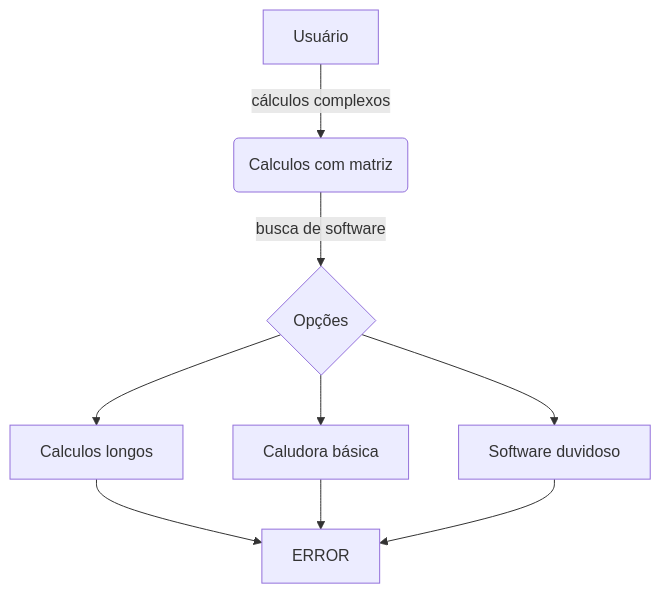
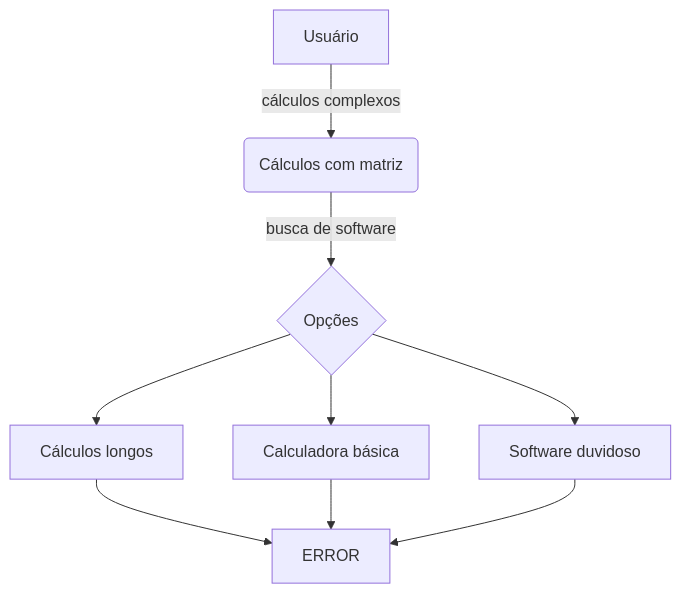
Before and after one commit to nThzzzz/Calculadora_v2: the diagram in README.md, drawn with Mermaid. The commit also changed other lines of this file, not shown here.

````diff
--- a/README.md
+++ b/README.md
@@ -8,11 +8,11 @@
  ```mermaid
 flowchart TD
-    A[Usuário] -->|cálculos complexos| B(Calculos com matriz)
+    A[Usuário] -->|cálculos complexos| B(Cálculos com matriz)
     B -->|busca de software| C{Opções}
-    C --> D[Caludora básica]
+    C --> D[Calculadora básica]
     C --> E[Software duvidoso]
-    C --> F[Calculos longos]
+    C --> F[Cálculos longos]
      F -->  G[ERROR]
     D --> G
    E --> G
 ```
````
